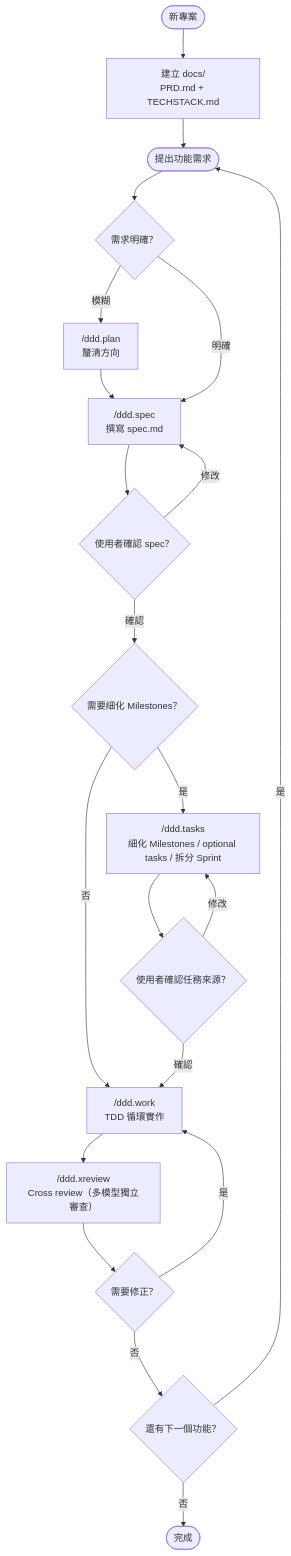
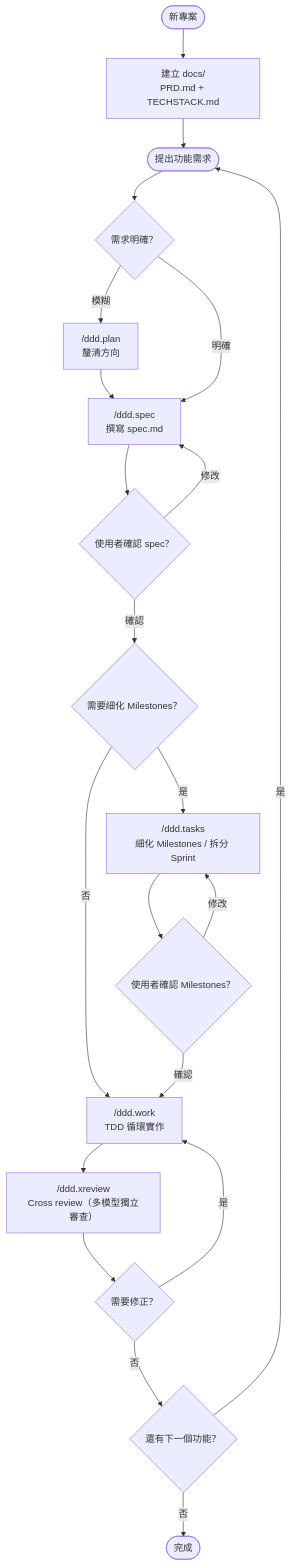
Before and after one commit to applepig/ddd-workflow: the first of 2 diagrams in README.md, drawn with Mermaid. The commit also changed other lines of this file and 14 other files, not shown here.

Commit message:
refactor(ddd-workflow): sprint 33 doctrine refactor

````diff
--- a/README.md
+++ b/README.md
@@ -57,28 +57,28 @@
 ```mermaid
 flowchart TD
     Start([新專案]) --> Init["建立 docs/<br/>PRD.md + TECHSTACK.md"]
     Init --> Feature([提出功能需求])
 
     Feature --> Clarity{需求明確？}
 
     Clarity -- 模糊 --> Plan["/ddd.plan<br/>釐清方向"]
     Plan --> Spec
 
     Clarity -- 明確 --> Spec["/ddd.spec<br/>撰寫 spec.md"]
     Spec --> UserSpec{使用者確認 spec？}
     UserSpec -- 修改 --> Spec
     UserSpec -- 確認 --> NeedTasks{需要細化 Milestones？}
 
     NeedTasks -- 否 --> Work
     NeedTasks -- 是 --> Tasks
-    Tasks["/ddd.tasks<br/>細化 Milestones / optional tasks / 拆分 Sprint"] --> UserTasks{使用者確認任務來源？}
+    Tasks["/ddd.tasks<br/>細化 Milestones / 拆分 Sprint"] --> UserTasks{使用者確認 Milestones？}
     UserTasks -- 修改 --> Tasks
     UserTasks -- 確認 --> Work
 
     Work["/ddd.work<br/>TDD 循環實作"] --> Review
     Review["/ddd.xreview<br/>Cross review（多模型獨立審查）"] --> Fix{需要修正？}
     Fix -- 是 --> Work
     Fix -- 否 --> Next{還有下一個功能？}
     Next -- 是 --> Feature
     Next -- 否 --> Done([完成])
 ```
````
